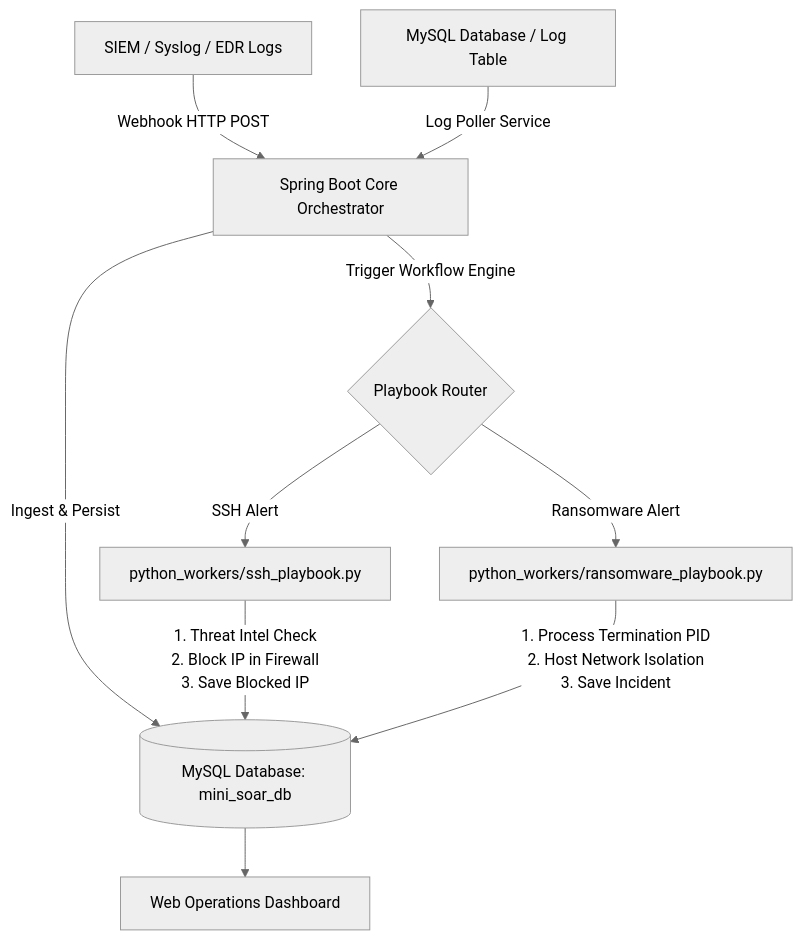
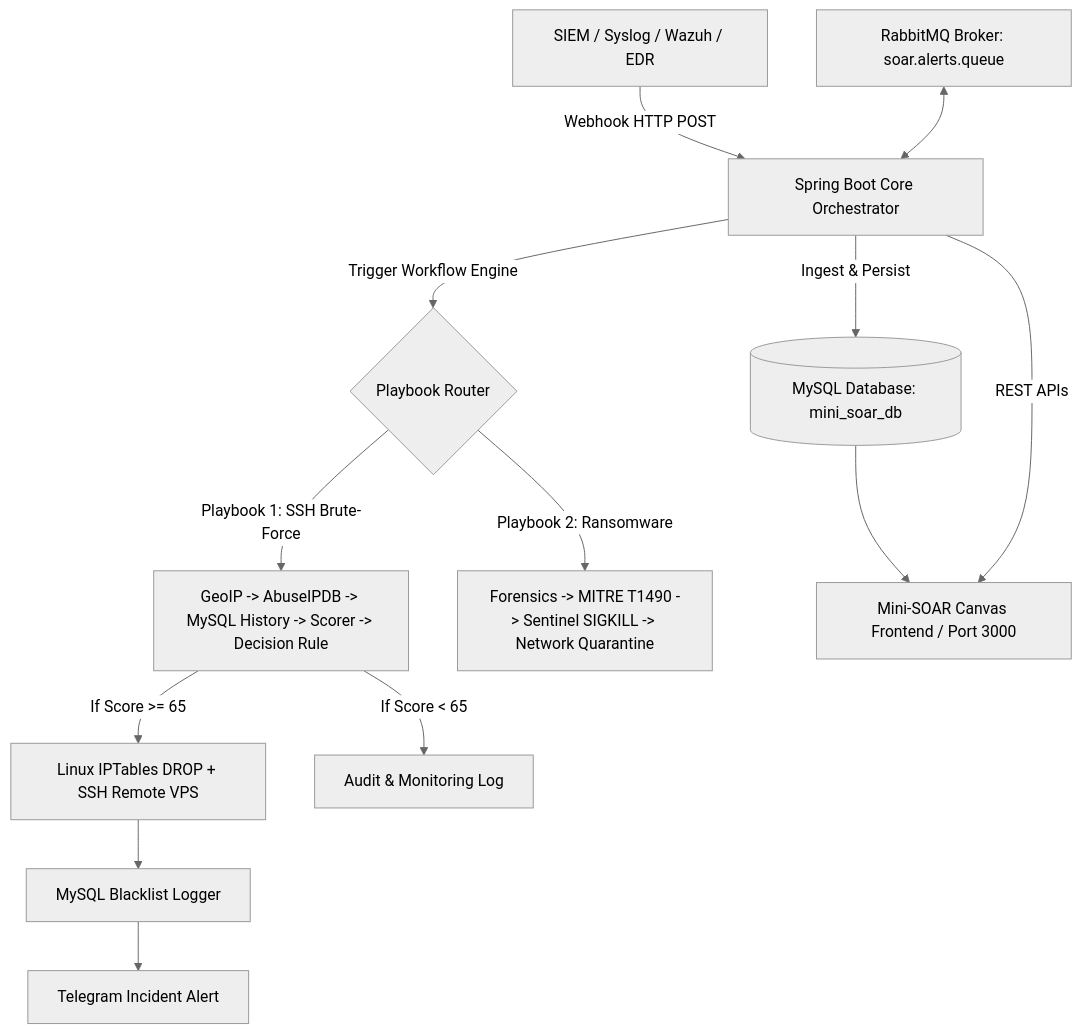
Before and after one commit to phuongdev2005/Mini-SOAR-Security-Automation: the diagram in README.md, drawn with Mermaid (neutral theme). The commit also changed other lines of this file and 235 other files, not shown here.

````diff
--- a/README.md
+++ b/README.md
@@ -22,15 +36,17 @@
 ```mermaid
 graph TD
-    A[SIEM / Syslog / EDR Logs] -->|Webhook HTTP POST| B[Spring Boot Core Orchestrator]
-    C[MySQL Database / Log Table] -->|Log Poller Service| B
+    A[SIEM / Syslog / Wazuh / EDR] -->|Webhook HTTP POST| B[Spring Boot Core Orchestrator]
+    C[RabbitMQ Broker: soar.alerts.queue] <--> B
     B -->|Ingest & Persist| D[(MySQL Database: mini_soar_db)]
     
     B -->|Trigger Workflow Engine| E{Playbook Router}
-    E -->|SSH Alert| F[python_workers/ssh_playbook.py]
-    E -->|Ransomware Alert| G[python_workers/ransomware_playbook.py]
+    E -->|Playbook 1: SSH Brute-Force| F[GeoIP -> AbuseIPDB -> MySQL History -> Scorer -> Decision Rule]
+    E -->|Playbook 2: Ransomware| G[Forensics -> MITRE T1490 -> Sentinel SIGKILL -> Network Quarantine]
     
-    F -->|1. Threat Intel Check<br>2. Block IP in Firewall<br>3. Save Blocked IP| D
-    G -->|1. Process Termination PID<br>2. Host Network Isolation<br>3. Save Incident| D
+    F -->|If Score >= 65| H[Linux IPTables DROP + SSH Remote VPS]
+    F -->|If Score < 65| I[Audit & Monitoring Log]
+    H --> J[MySQL Blacklist Logger] --> K[Telegram Incident Alert]
     
-    D --> H[Web Operations Dashboard]
+    D --> L[Mini-SOAR Canvas Frontend / Port 3000]
+    B -->|REST APIs| L
 ```
````
